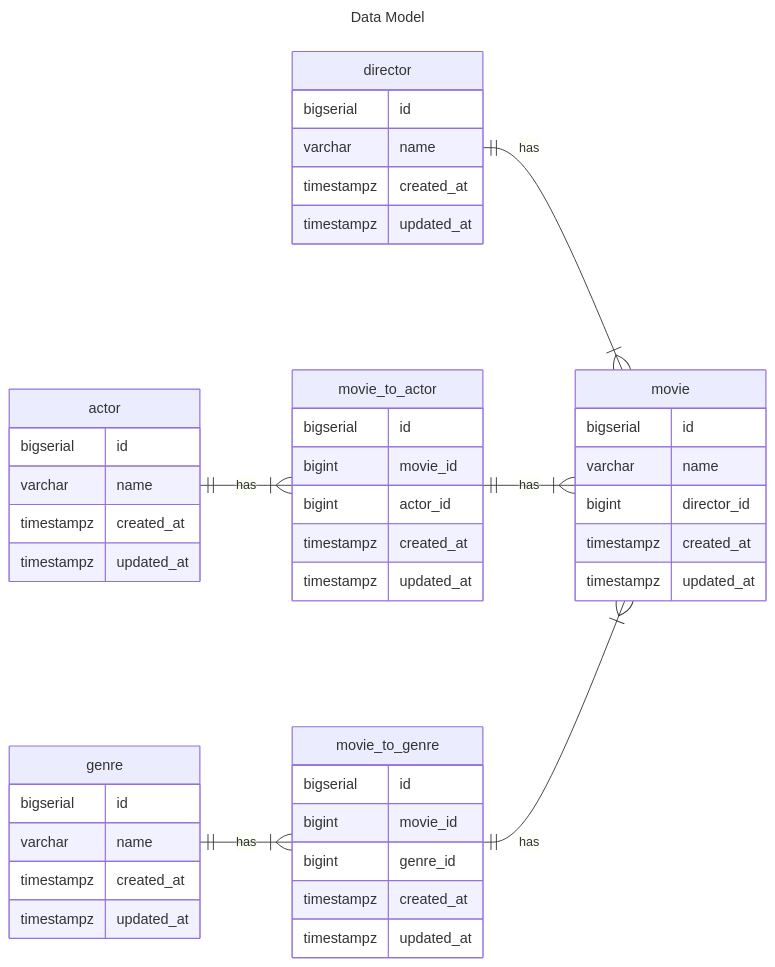
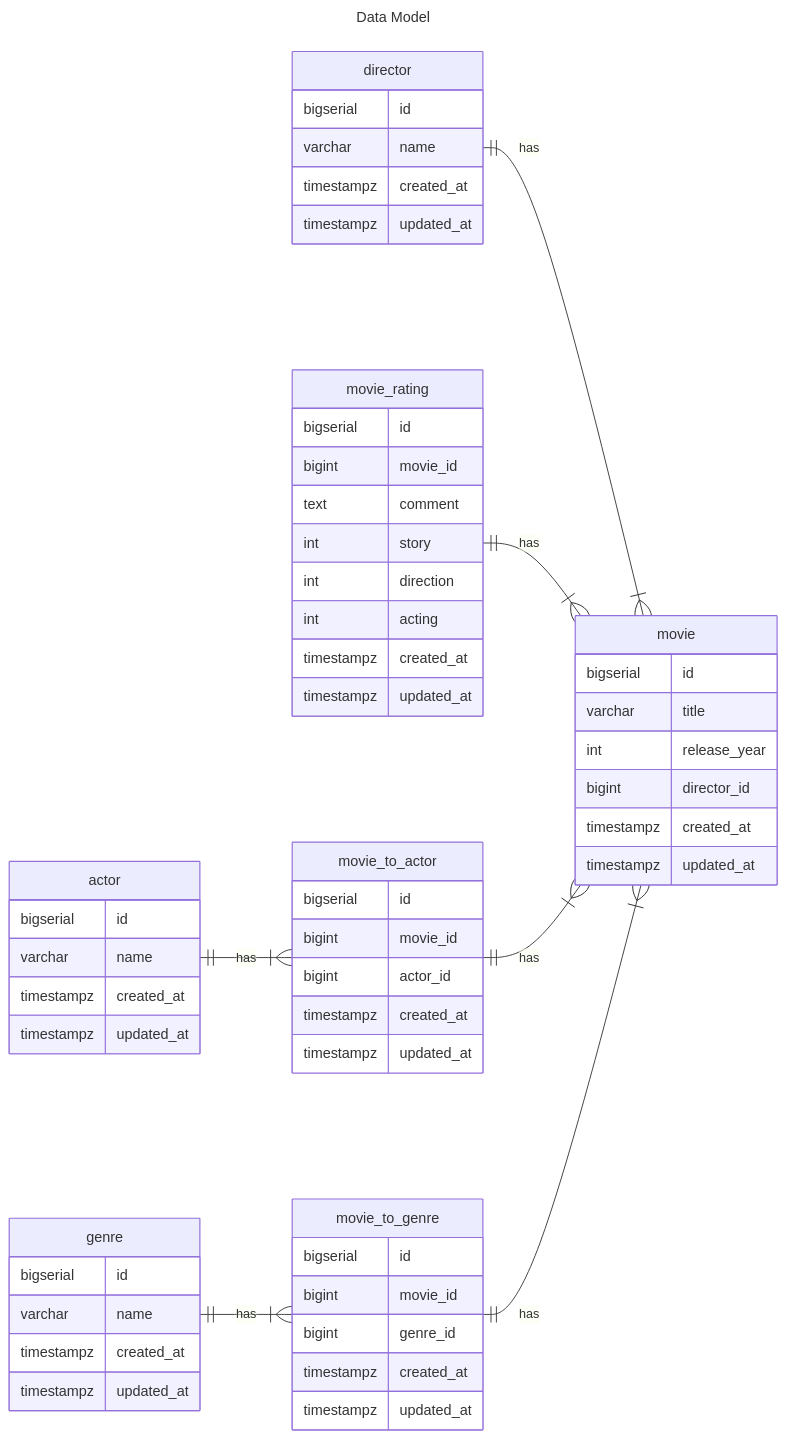
Before and after one commit to arjunmalik-iitbhu/movie-platform: the second of 2 diagrams in README.md, drawn with Mermaid. The commit also changed 10 other files, not shown here.

````diff
--- a/README.md
+++ b/README.md
@@ -32,51 +32,63 @@
 ```mermaid
 ---
 title: Data Model
 ---
 erDiagram
     direction LR
     director ||--|{ movie : has
     director {
         bigserial id
         varchar name
         timestampz created_at
         timestampz updated_at
     }
     movie {
         bigserial id
-        varchar name
+        varchar title
+        int release_year
         bigint director_id
+        timestampz created_at
+        timestampz updated_at
+    }
+    movie_rating ||--|{ movie : has
+    movie_rating {
+        bigserial id
+        bigint movie_id
+        text comment
+        int story
+        int direction
+        int acting
         timestampz created_at
         timestampz updated_at
     }
     movie_to_actor ||--|{ movie : has
     movie_to_actor {
         bigserial id
         bigint movie_id
         bigint actor_id
         timestampz created_at
         timestampz updated_at
     }
     actor ||--|{ movie_to_actor : has
     actor {
         bigserial id
         varchar name
         timestampz created_at
         timestampz updated_at
     }
     movie_to_genre ||--|{ movie : has
     movie_to_genre {
         bigserial id
         bigint movie_id
         bigint genre_id
         timestampz created_at
         timestampz updated_at
     }
     genre ||--|{ movie_to_genre : has
     genre {
         bigserial id
         varchar name
         timestampz created_at
         timestampz updated_at
     }
 ```
````
